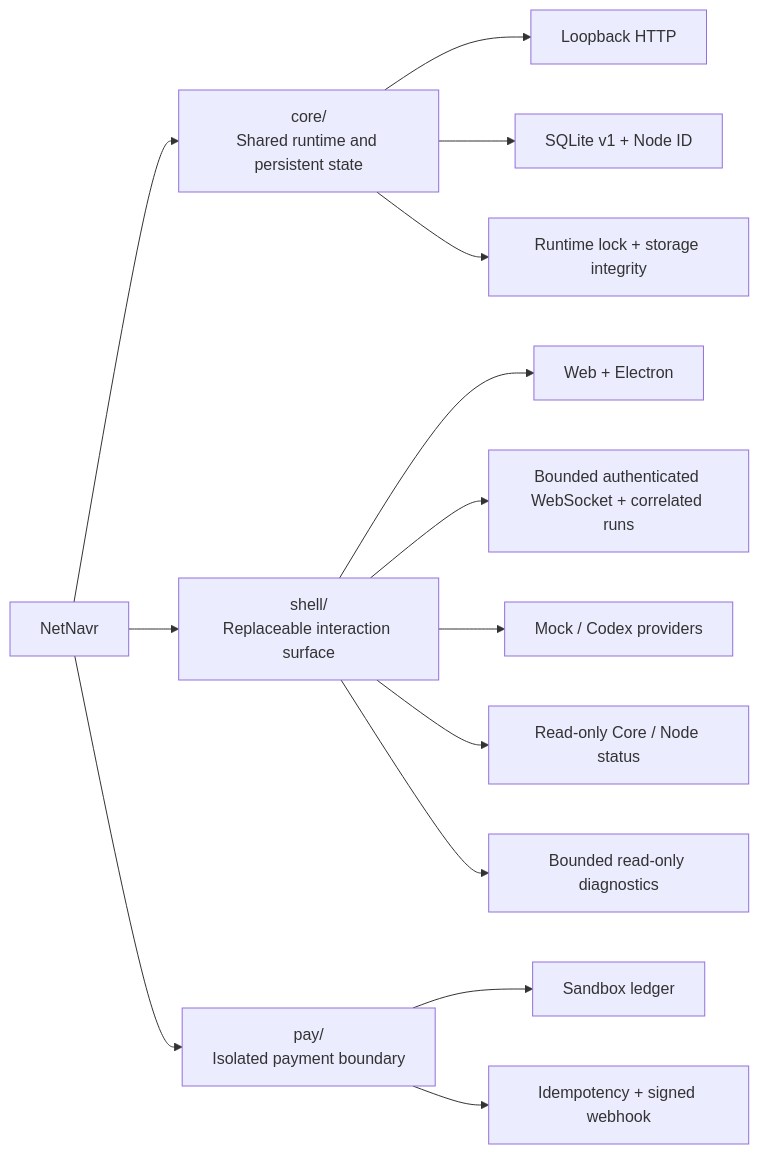
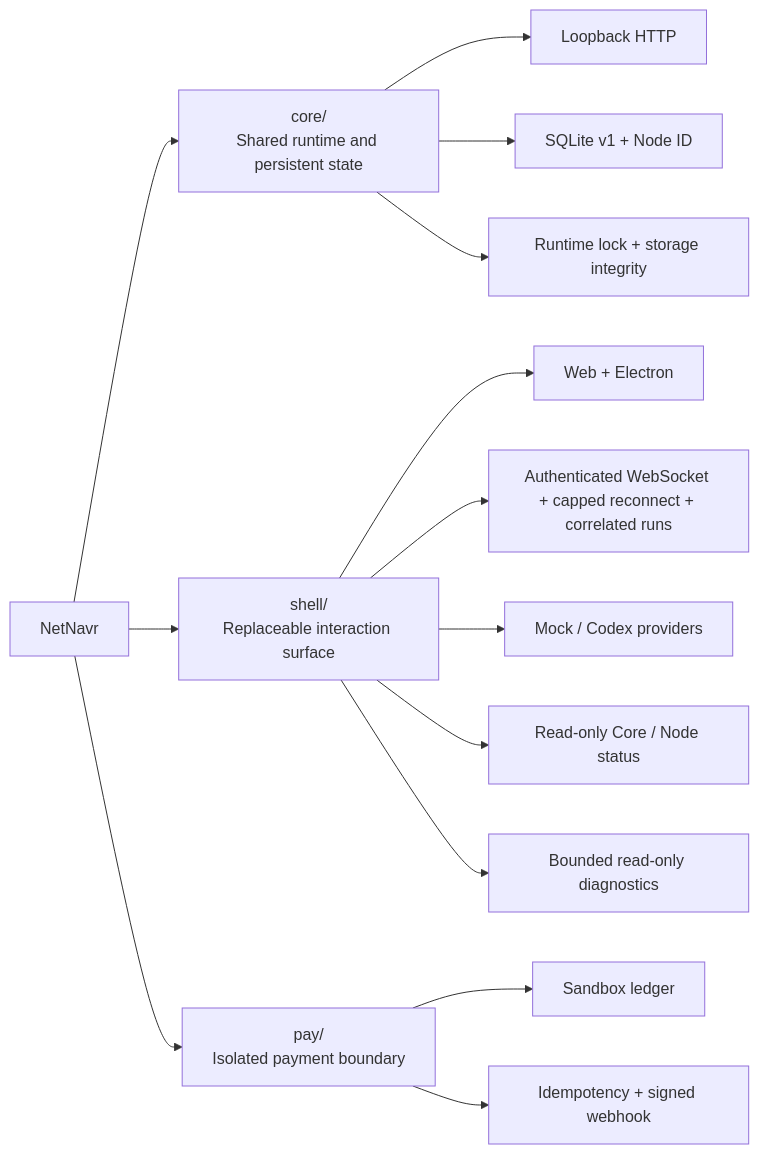
Before and after one commit to PM100Fun/NetNavr: the diagram in README.md, drawn with Mermaid. The commit also changed other lines of this file and 10 other files, not shown here.

First line of the commit message:
feat(shell): reconnect interrupted web sessions (#19)

````diff
--- a/README.md
+++ b/README.md
@@ -115,19 +116,19 @@
 ```mermaid
 flowchart LR
     R["NetNavr"] --> C["core/<br/>Shared runtime and persistent state"]
     R --> S["shell/<br/>Replaceable interaction surface"]
     R --> P["pay/<br/>Isolated payment boundary"]
 
     C --> C1["Loopback HTTP"]
     C --> C2["SQLite v1 + Node ID"]
     C --> C3["Runtime lock + storage integrity"]
 
     S --> S1["Web + Electron"]
-    S --> S2["Bounded authenticated WebSocket + correlated runs"]
+    S --> S2["Authenticated WebSocket + capped reconnect + correlated runs"]
     S --> S3["Mock / Codex providers"]
     S --> S4["Read-only Core / Node status"]
     S --> S5["Bounded read-only diagnostics"]
 
     P --> P1["Sandbox ledger"]
     P --> P2["Idempotency + signed webhook"]
 ```
````
